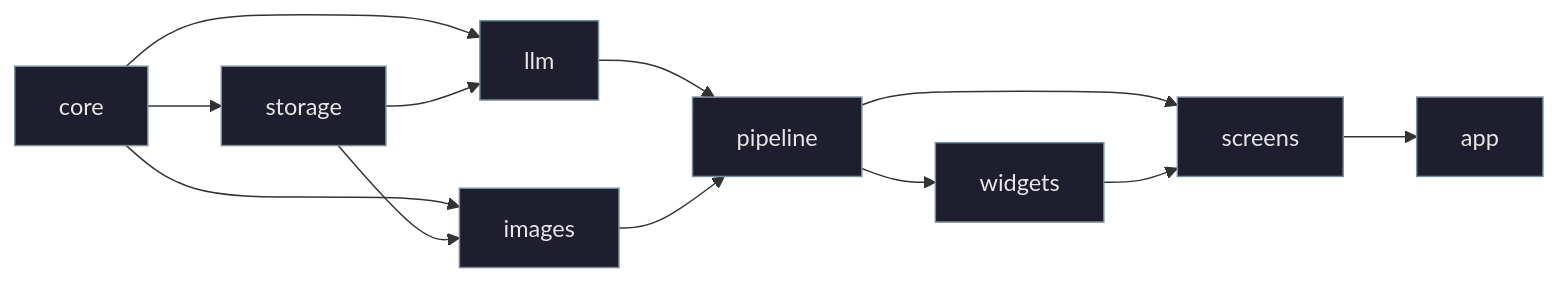
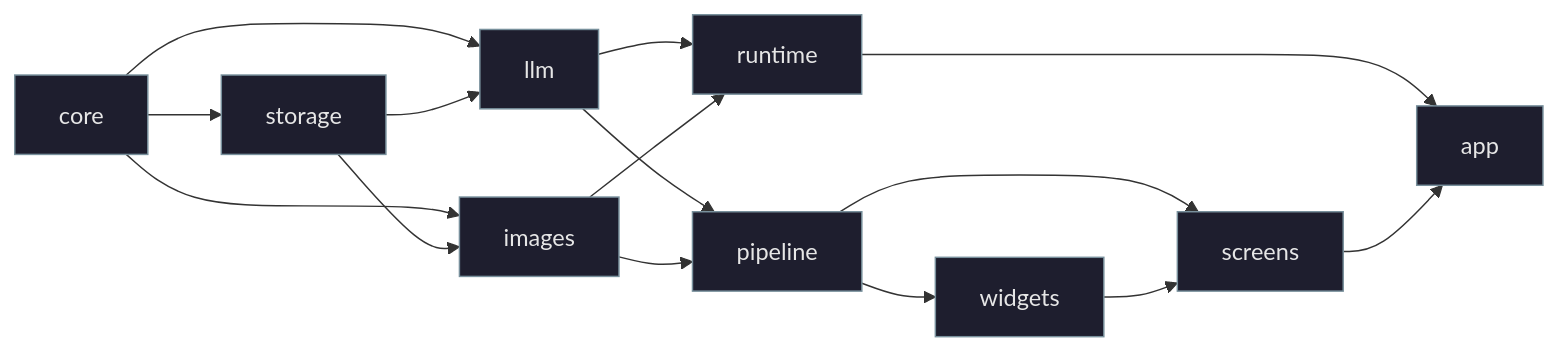
One commit to paulrobello/par-storygen changed the diagram in docs/ARCHITECTURE.md. Above: the diagram before and after it, drawn with Mermaid. The commit also changed other lines of this file and 23 other files, not shown here.

````diff
--- a/docs/ARCHITECTURE.md
+++ b/docs/ARCHITECTURE.md
@@ -7,27 +7,31 @@
 ```mermaid
 flowchart LR
     classDef layer fill:#1E1E2E,color:#E6E6E6,stroke:#78909c,stroke-width:1px
 
     core["core"]
     storage["storage"]
     llm["llm"]
     images["images"]
     pipeline["pipeline"]
+    runtime["runtime"]
     widgets["widgets"]
     screens["screens"]
     app["app"]
 
     core --> storage
     core --> llm
     core --> images
     storage --> llm
     storage --> images
     llm --> pipeline
     images --> pipeline
+    llm --> runtime
+    images --> runtime
     pipeline --> widgets
     pipeline --> screens
+    runtime --> app
     widgets --> screens
     screens --> app
 
-    class core,storage,llm,images,pipeline,widgets,screens,app layer
+    class core,storage,llm,images,pipeline,runtime,widgets,screens,app layer
 ```
````
